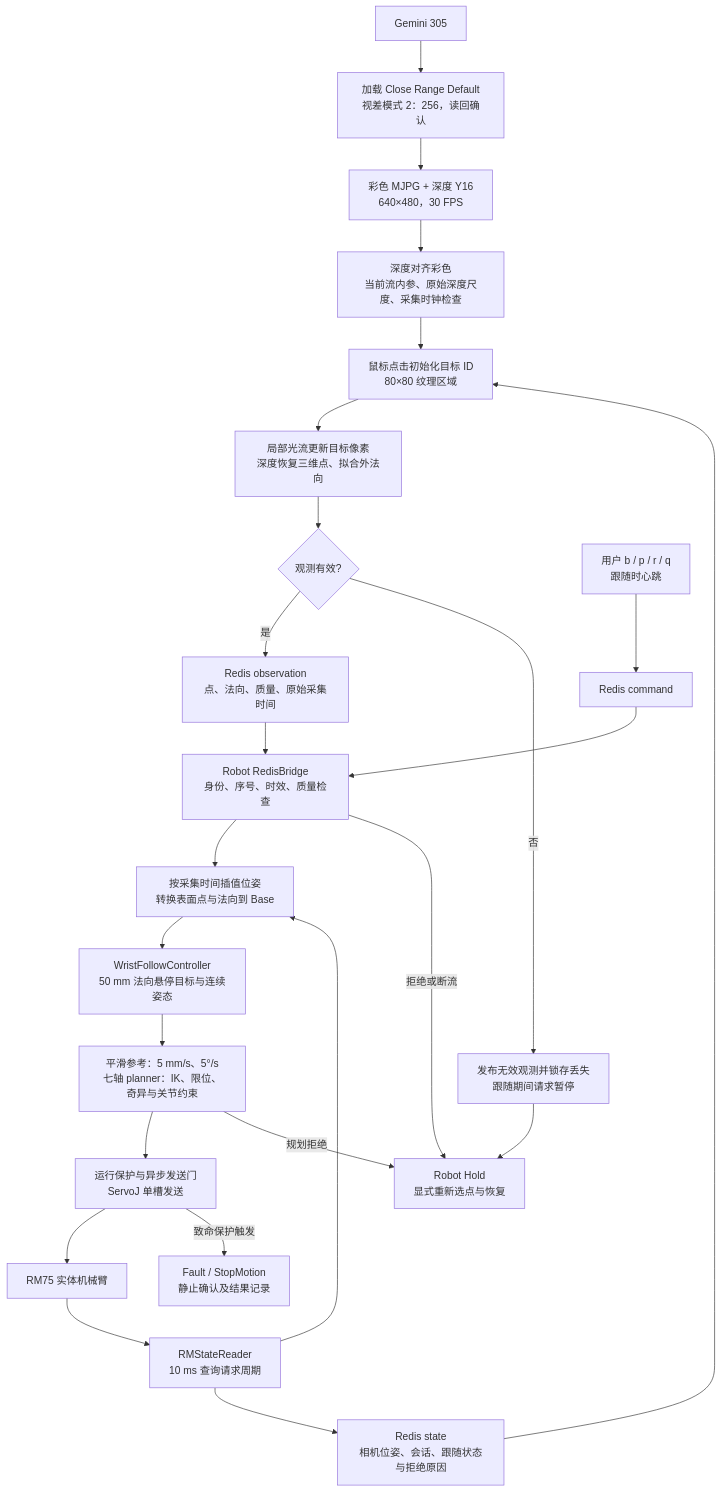
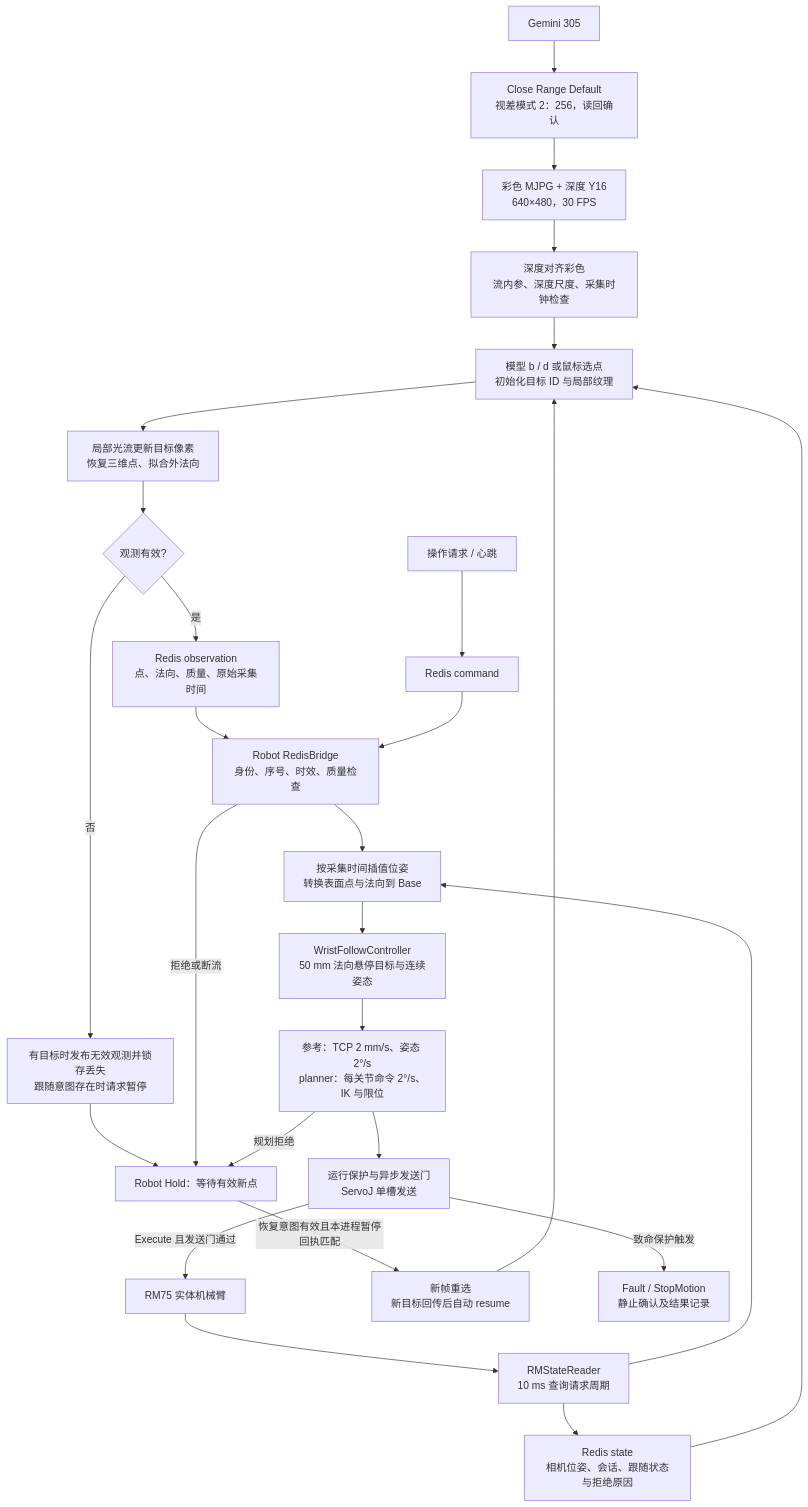
One commit to Sadstrawberrysc/cair-arm changed the second of 6 diagrams in infer/Camera_wrist/ARCHITECTURE.md. Above: the diagram before and after it, drawn with Mermaid. The commit also changed other lines of this file and 40 other files, not shown here.

````diff
--- a/infer/Camera_wrist/ARCHITECTURE.md
+++ b/infer/Camera_wrist/ARCHITECTURE.md
@@ -64,27 +124,29 @@
 ```mermaid
 flowchart TD
-    A[Gemini 305] --> B[加载 Close Range Default\n视差模式 2：256，读回确认]
-    B --> C[彩色 MJPG + 深度 Y16\n640×480，30 FPS]
-    C --> D[深度对齐彩色\n当前流内参、原始深度尺度、采集时钟检查]
-    D --> E[鼠标点击初始化目标 ID\n80×80 纹理区域]
-    E --> F[局部光流更新目标像素\n深度恢复三维点、拟合外法向]
-    F --> G{观测有效?}
-    G -->|是| O[Redis observation\n点、法向、质量、原始采集时间]
-    G -->|否| H[发布无效观测并锁存丢失\n跟随期间请求暂停]
-    U[用户 b / p / r / q\n跟随时心跳] --> CMD[Redis command]
-    O --> R[Robot RedisBridge\n身份、序号、时效、质量检查]
+    A["Gemini 305"] --> B["Close Range Default<br/>视差模式 2：256，读回确认"]
+    B --> C["彩色 MJPG + 深度 Y16<br/>640×480，30 FPS"]
+    C --> D["深度对齐彩色<br/>流内参、深度尺度、采集时钟检查"]
+    D --> E["模型 b / d 或鼠标选点<br/>初始化目标 ID 与局部纹理"]
+    E --> F["局部光流更新目标像素<br/>恢复三维点、拟合外法向"]
+    F --> G{"观测有效?"}
+    G -->|是| O["Redis observation<br/>点、法向、质量、原始采集时间"]
+    G -->|否| H["有目标时发布无效观测并锁存丢失<br/>跟随意图存在时请求暂停"]
+    U["操作请求 / 心跳"] --> CMD["Redis command"]
+    O --> R["Robot RedisBridge<br/>身份、序号、时效、质量检查"]
     CMD --> R
-    R --> T[按采集时间插值位姿\n转换表面点与法向到 Base]
-    T --> W[WristFollowController\n50 mm 法向悬停目标与连续姿态]
-    W --> P[平滑参考：5 mm/s、5°/s\n七轴 planner：IK、限位、奇异与关节约束]
-    P --> S[运行保护与异步发送门\nServoJ 单槽发送]
-    S --> ARM[RM75 实体机械臂]
-    ARM --> ST[RMStateReader\n10 ms 查询请求周期]
+    R --> T["按采集时间插值位姿<br/>转换表面点与法向到 Base"]
+    T --> W["WristFollowController<br/>50 mm 法向悬停目标与连续姿态"]
+    W --> P["参考：TCP 2 mm/s、姿态 2°/s<br/>planner：每关节命令 2°/s、IK 与限位"]
+    P --> S["运行保护与异步发送门<br/>ServoJ 单槽发送"]
+    S -->|Execute 且发送门通过| ARM["RM75 实体机械臂"]
+    ARM --> ST["RMStateReader<br/>10 ms 查询请求周期"]
     ST --> T
-    ST --> PUB[Redis state\n相机位姿、会话、跟随状态与拒绝原因]
+    ST --> PUB["Redis state<br/>相机位姿、会话、跟随状态与拒绝原因"]
     PUB --> E
-    H --> HOLD[Robot Hold\n显式重新选点与恢复]
+    H --> HOLD["Robot Hold：等待有效新点"]
+    HOLD -->|恢复意图有效且本进程暂停回执匹配| AUTO["新帧重选<br/>新目标回传后自动 resume"]
+    AUTO --> E
     R -->|拒绝或断流| HOLD
     P -->|规划拒绝| HOLD
-    S -->|致命保护触发| STOP[Fault / StopMotion\n静止确认及结果记录]
+    S -->|致命保护触发| STOP["Fault / StopMotion<br/>静止确认及结果记录"]
 ```
````
